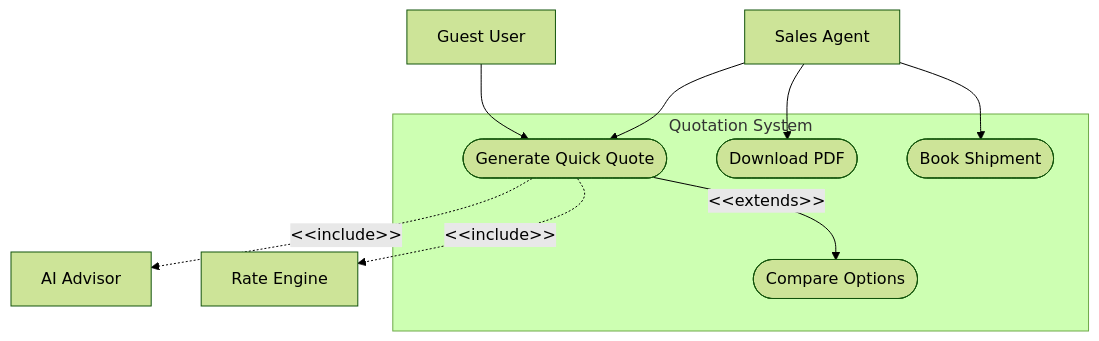
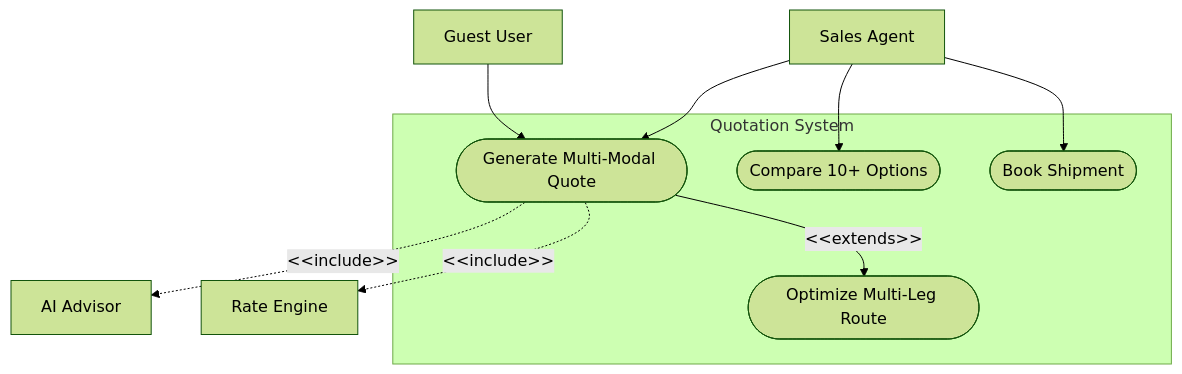
One commit to vageesha-vaishya/logic-nexus-ai changed the first of 3 diagrams in docs/Quote/quotation-management-guide.md. Above: the diagram before and after it, drawn with Mermaid (forest theme). The commit also changed other lines of this file and 19 other files, not shown here.

First line of the commit message:
feat(quote): enhance multi-carrier rate selection and quote generation

````diff
--- a/docs/Quote/quotation-management-guide.md
+++ b/docs/Quote/quotation-management-guide.md
@@ -69,23 +71,23 @@
 ```mermaid
 graph TD
     SA[Sales Agent]
     GU[Guest User]
     AI[AI Advisor]
     RE[Rate Engine]
 
     subgraph "Quotation System"
-        UC1([Generate Quick Quote])
-        UC2([Compare Options])
-        UC3([Download PDF])
+        UC1([Generate Multi-Modal Quote])
+        UC2([Compare 10+ Options])
+        UC3([Optimize Multi-Leg Route])
         UC4([Book Shipment])
     end
 
     SA --> UC1
     GU --> UC1
-    SA --> UC3
+    SA --> UC2
     SA --> UC4
     
     UC1 -.->|&lt;&lt;include&gt;&gt;| AI
     UC1 -.->|&lt;&lt;include&gt;&gt;| RE
-    UC1 -->|&lt;&lt;extends&gt;&gt;| UC2
+    UC1 -->|&lt;&lt;extends&gt;&gt;| UC3
 ```
````
